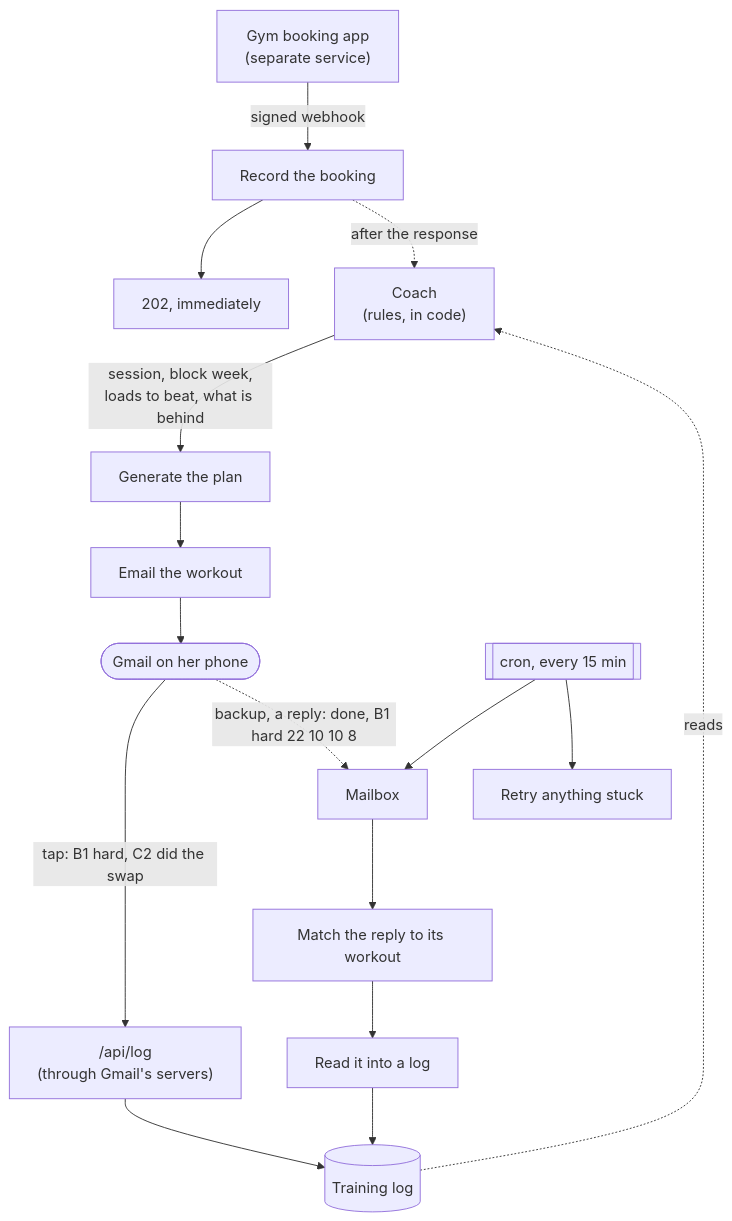
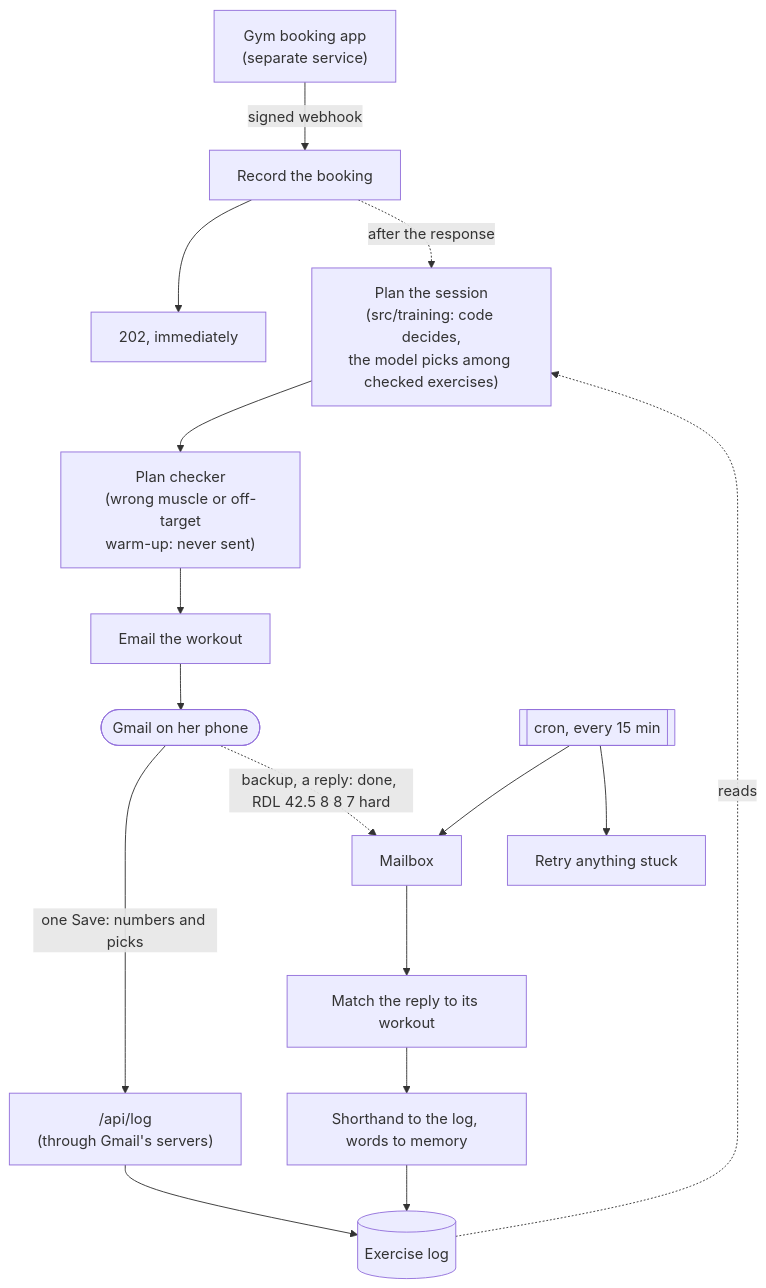
One commit to 604annabelle-maker/workout-loop changed the diagram in README.md. Above: the diagram before and after it, drawn with Mermaid. The commit also changed other lines of this file and 1808 other files, not shown here.

````diff
--- a/README.md
+++ b/README.md
@@ -15,18 +7,18 @@
 ```mermaid
 flowchart TD
     A["Gym booking app<br/>(separate service)"] -->|signed webhook| B[Record the booking]
     B --> C[202, immediately]
-    B -.after the response.-> D["Coach<br/>(rules, in code)"]
-    D -->|"session, block week,<br/>loads to beat, what is behind"| E[Generate the plan]
+    B -.after the response.-> D["Plan the session<br/>(src/training: code decides,<br/>the model picks among checked exercises)"]
+    D --> E["Plan checker<br/>(wrong muscle or off-target<br/>warm-up: never sent)"]
     E --> F[Email the workout]
     F --> G([Gmail on her phone])
-    G -->|"tap: B1 hard, C2 did the swap"| T["/api/log<br/>(through Gmail's servers)"]
-    T --> M[(Training log)]
-    G -.->|"backup, a reply: done, B1 hard 22 10 10 8"| H[Mailbox]
+    G -->|"one Save: numbers and picks"| T["/api/log<br/>(through Gmail's servers)"]
+    T --> M[(Exercise log)]
+    G -.->|"backup, a reply: done, RDL 42.5 8 8 7 hard"| H[Mailbox]
     I[["cron, every 15 min"]] --> H
     I --> J[Retry anything stuck]
     H --> K[Match the reply to its workout]
-    K --> L[Read it into a log]
+    K --> L[Shorthand to the log, words to memory]
     L --> M
     M -.reads.-> D
 ```
````
